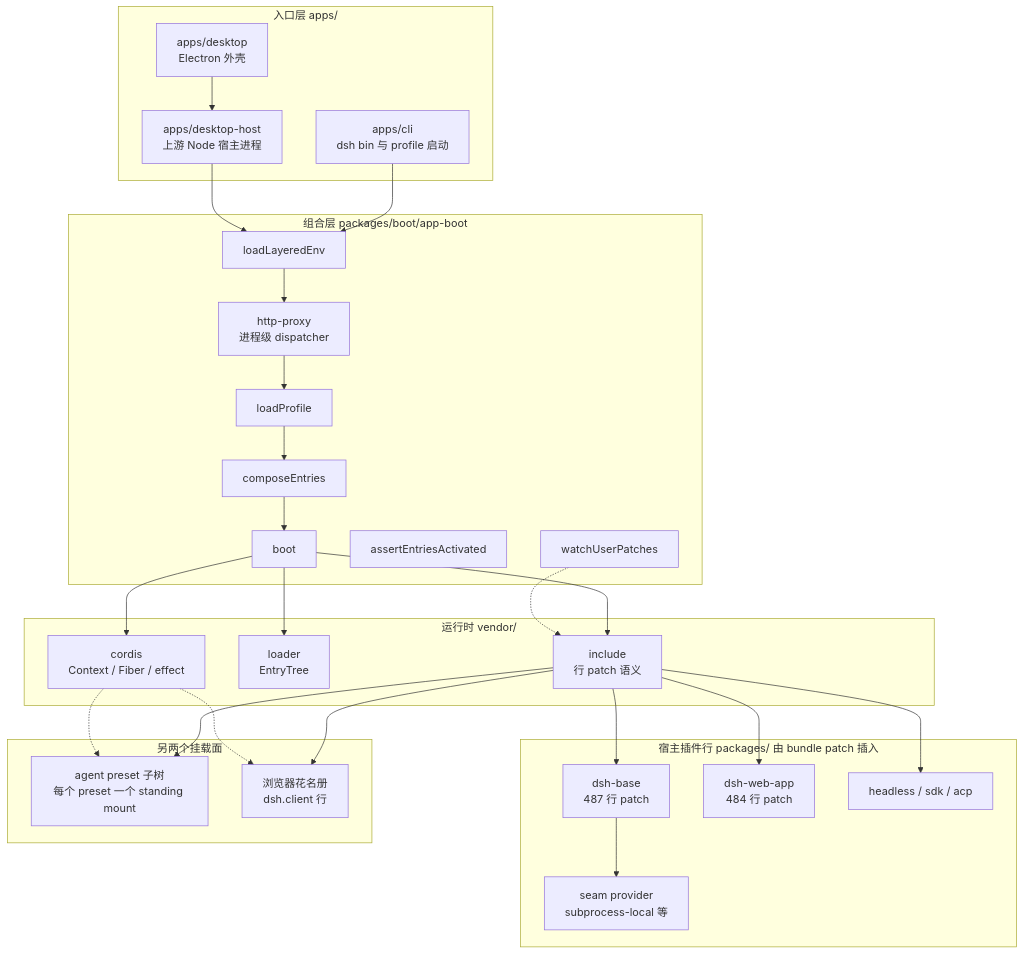
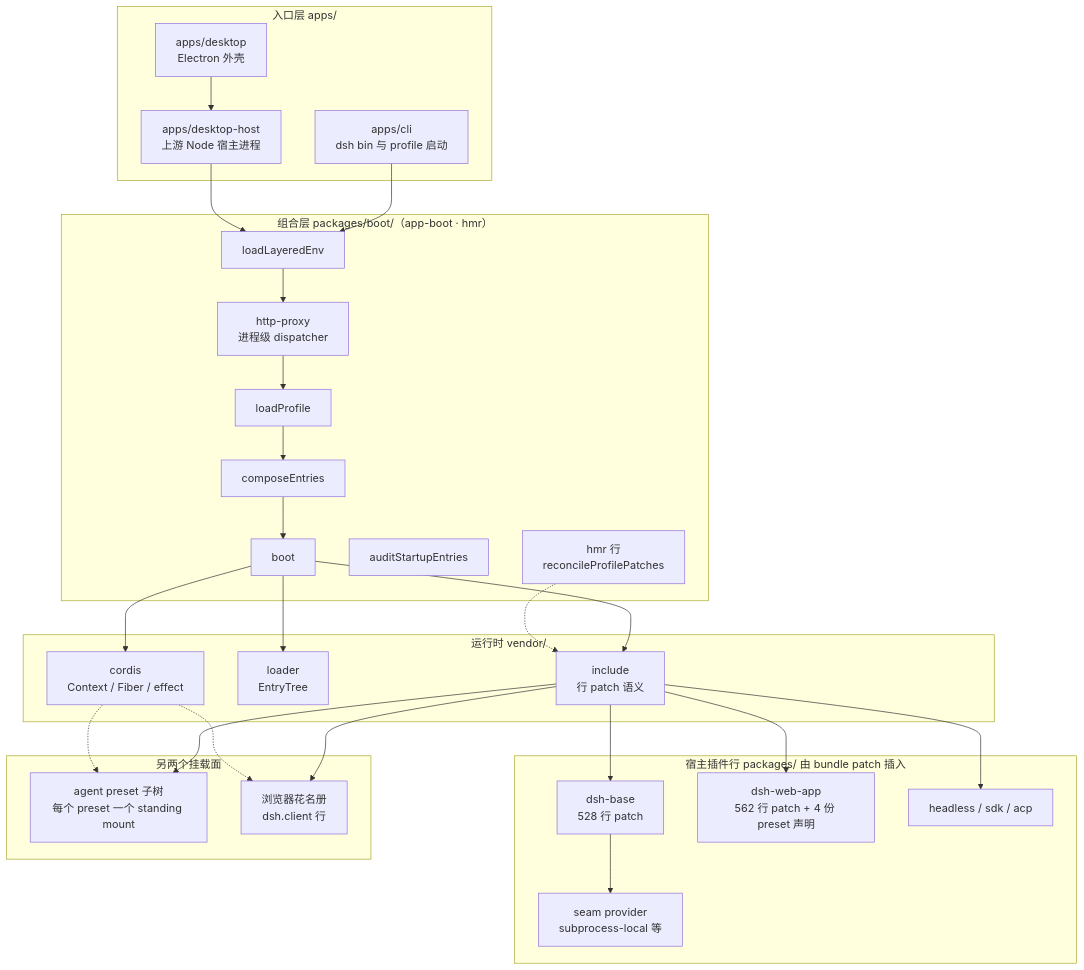
The first of 2 diagrams in ai-agent/deepseek-harness/architecture.md (morehao/oss-insights), drawn with Mermaid before and after one commit. The commit also changed other lines of this file and 28 other files, not shown here.

````diff
--- a/ai-agent/deepseek-harness/architecture.md
+++ b/ai-agent/deepseek-harness/architecture.md
@@ -48,48 +64,48 @@
 ```mermaid
 graph TB
     subgraph ENTRY["入口层 apps/"]
         CLI["apps/cli<br>dsh bin 与 profile 启动"]
         DT["apps/desktop<br>Electron 外壳"]
         DTH["apps/desktop-host<br>上游 Node 宿主进程"]
     end
-    subgraph COMPOSE["组合层 packages/boot/app-boot"]
+    subgraph COMPOSE["组合层 packages/boot/（app-boot · hmr）"]
         ENV["loadLayeredEnv"]
         PROX["http-proxy<br>进程级 dispatcher"]
         PROF["loadProfile"]
         CMP["composeEntries"]
         BOOT["boot"]
-        AUD["assertEntriesActivated"]
-        WATCH["watchUserPatches"]
+        AUD["auditStartupEntries"]
+        WATCH["hmr 行<br>reconcileProfilePatches"]
     end
     subgraph RUNTIME["运行时 vendor/"]
         CORDIS["cordis<br>Context / Fiber / effect"]
         LOADER["loader<br>EntryTree"]
         INCLUDE["include<br>行 patch 语义"]
     end
     subgraph HOSTROWS["宿主插件行 packages/ 由 bundle patch 插入"]
-        BASE["dsh-base<br>487 行 patch"]
-        WEBAPP["dsh-web-app<br>484 行 patch"]
+        BASE["dsh-base<br>528 行 patch"]
+        WEBAPP["dsh-web-app<br>562 行 patch + 4 份 preset 声明"]
         MODES["headless / sdk / acp"]
         SEAMS["seam provider<br>subprocess-local 等"]
     end
     subgraph PLANES["另两个挂载面"]
         PRESET["agent preset 子树<br>每个 preset 一个 standing mount"]
         CLIENT["浏览器花名册<br>dsh.client 行"]
     end
     CLI --> ENV
     DT --> DTH --> ENV
     ENV --> PROX --> PROF
     PROF --> CMP --> BOOT
     BOOT --> CORDIS
     BOOT --> LOADER
     BOOT --> INCLUDE
     INCLUDE --> BASE
     INCLUDE --> WEBAPP
     INCLUDE --> MODES
     BASE --> SEAMS
     WATCH -.-> INCLUDE
     INCLUDE --> PRESET
     INCLUDE --> CLIENT
     CORDIS -.-> PRESET
     CORDIS -.-> CLIENT
 ```
````
